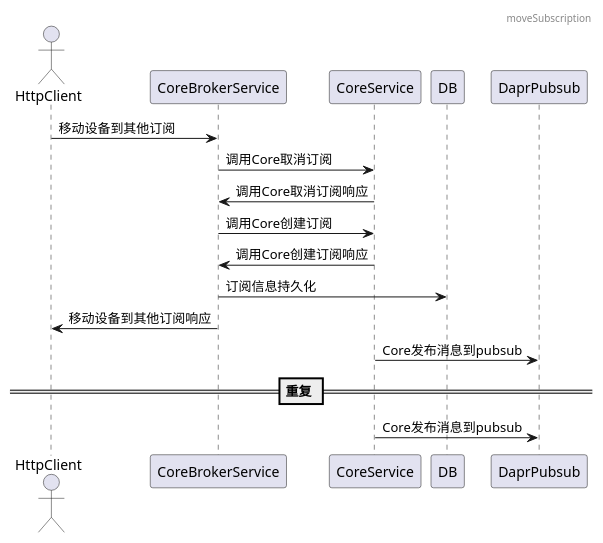
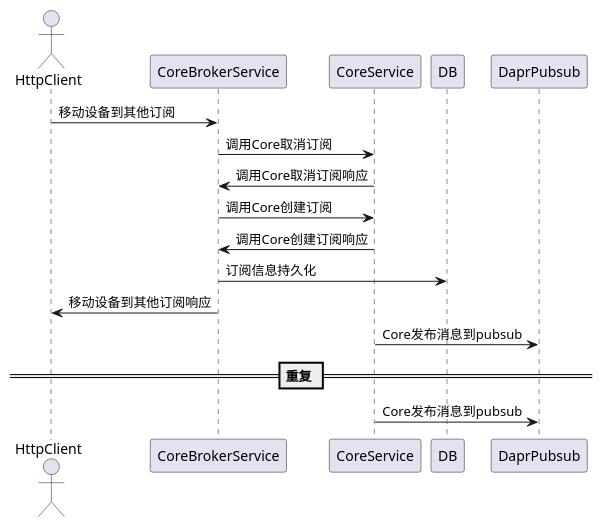
One commit to tkeel-io/docs changed the fourth of 9 diagrams in docs/api/appendix/plantuml/core_broker.md. Above: the diagram before and after it, drawn with PlantUML. The commit also changed other lines of this file and 2 other files, not shown here.

````diff
--- a/docs/api/appendix/plantuml/core_broker.md
+++ b/docs/api/appendix/plantuml/core_broker.md
@@ -50,22 +46,20 @@
 ```plantuml
 @startuml
-header moveSubscription
-
 actor HttpClient
 participant CoreBrokerService
 participant CoreService
 participant DB
 participant DaprPubsub
 
 HttpClient->CoreBrokerService:移动设备到其他订阅
 CoreBrokerService->CoreService:调用Core取消订阅
 CoreBrokerService<-CoreService:调用Core取消订阅响应
 CoreBrokerService->CoreService:调用Core创建订阅
 CoreBrokerService<-CoreService:调用Core创建订阅响应
 CoreBrokerService->DB:订阅信息持久化
 HttpClient<-CoreBrokerService:移动设备到其他订阅响应
 CoreService->DaprPubsub:Core发布消息到pubsub
 == 重复 ==
 CoreService->DaprPubsub:Core发布消息到pubsub
 @enduml
 ```
````
